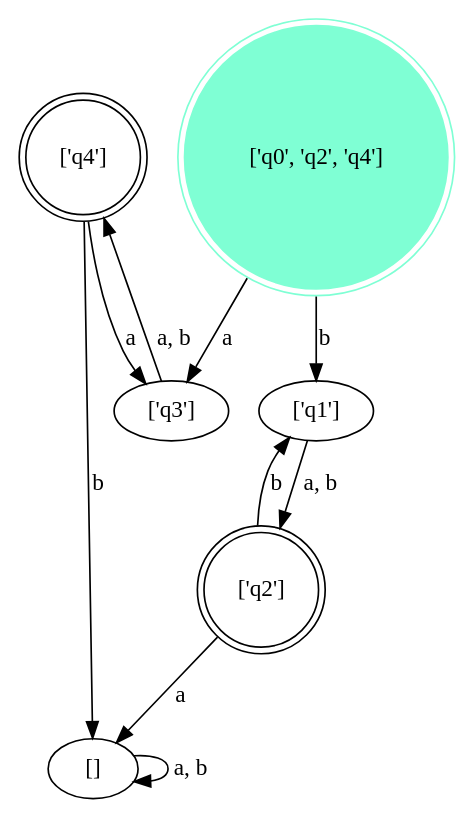
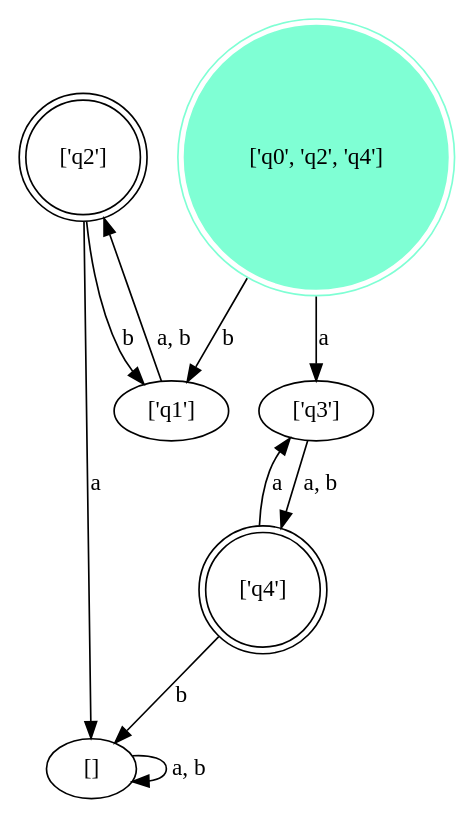
One commit to nascarsayan/nfa2dfa changed the diagram in input/25d/dfa_converted.gv. Above: the diagram before and after it, drawn with Graphviz. The commit also changed other lines of this file and 27 other files, not shown here.

```diff
--- a/input/25d/dfa_converted.gv
+++ b/input/25d/dfa_converted.gv
@@ -1,21 +1,21 @@
 // FSM
 digraph {
-	"['q1']"
 	"['q3']"
 	"[]"
+	"['q1']"
 	node [shape=doublecircle]
 	"['q2']"
 	"['q4']"
 	node [color=aquamarine shape=doublecircle style=filled]
 	"['q0', 'q2', 'q4']"
 	node [shape=circle]
 	"['q0', 'q2', 'q4']" -> "['q3']" [label=a]
 	"['q0', 'q2', 'q4']" -> "['q1']" [label=b]
 	"['q3']" -> "['q4']" [label="a, b"]
 	"['q1']" -> "['q2']" [label="a, b"]
 	"['q4']" -> "['q3']" [label=a]
 	"['q4']" -> "[]" [label=b]
 	"['q2']" -> "[]" [label=a]
 	"['q2']" -> "['q1']" [label=b]
 	"[]" -> "[]" [label="a, b"]
 }
```
